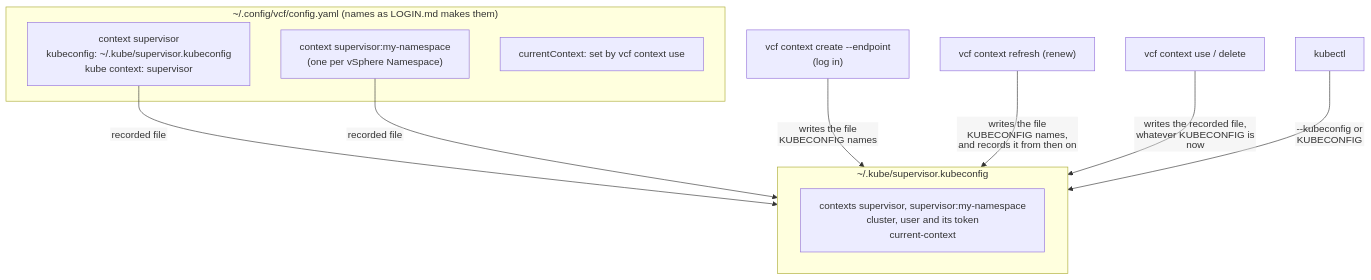
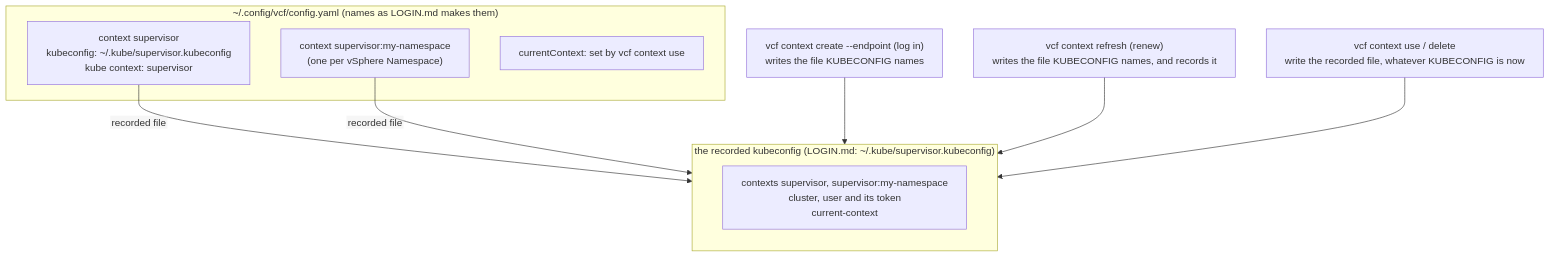
The third of 3 diagrams in docs/VCF.md (AndriyKalashnykov/vks-guides), drawn with Mermaid before and after one commit. The commit also changed other lines of this file, not shown here.

Commit message:
docs: VCF.md review fixes: VKS cluster login is the guides' choice (SSO is Broadcom's default), kubeconfig terms explained, ambiguity removed

````diff
--- a/docs/VCF.md
+++ b/docs/VCF.md
@@ -465,18 +479,17 @@
 ```mermaid
 %%{init: {"flowchart": {"htmlLabels": false, "wrappingWidth": 600}}}%%
 flowchart TB
   subgraph CFG["~/.config/vcf/config.yaml (names as LOGIN.md makes them)"]
     C1["context supervisor<br/>kubeconfig: ~/.kube/supervisor.kubeconfig<br/>kube context: supervisor"]
     C2["context supervisor:my-namespace<br/>(one per vSphere Namespace)"]
     CUR["currentContext: set by vcf context use"]
   end
-  subgraph KC["~/.kube/supervisor.kubeconfig"]
+  subgraph KC["the recorded kubeconfig (LOGIN.md: ~/.kube/supervisor.kubeconfig)"]
     K["contexts supervisor, supervisor:my-namespace<br/>cluster, user and its token<br/>current-context"]
   end
   C1 -- recorded file --> KC
   C2 -- recorded file --> KC
-  L["vcf context create --endpoint<br/>(log in)"] -- "writes the file KUBECONFIG names" --> KC
-  R["vcf context refresh (renew)"] -- "writes the file KUBECONFIG names,<br/>and records it from then on" --> KC
-  V["vcf context use / delete"] -- "writes the recorded file,<br/>whatever KUBECONFIG is now" --> KC
-  KUBECTL["kubectl"] -- "--kubeconfig or KUBECONFIG" --> KC
+  L["vcf context create --endpoint (log in)<br/>writes the file KUBECONFIG names"] --> KC
+  R["vcf context refresh (renew)<br/>writes the file KUBECONFIG names, and records it"] --> KC
+  V["vcf context use / delete<br/>write the recorded file, whatever KUBECONFIG is now"] --> KC
 ```
````
